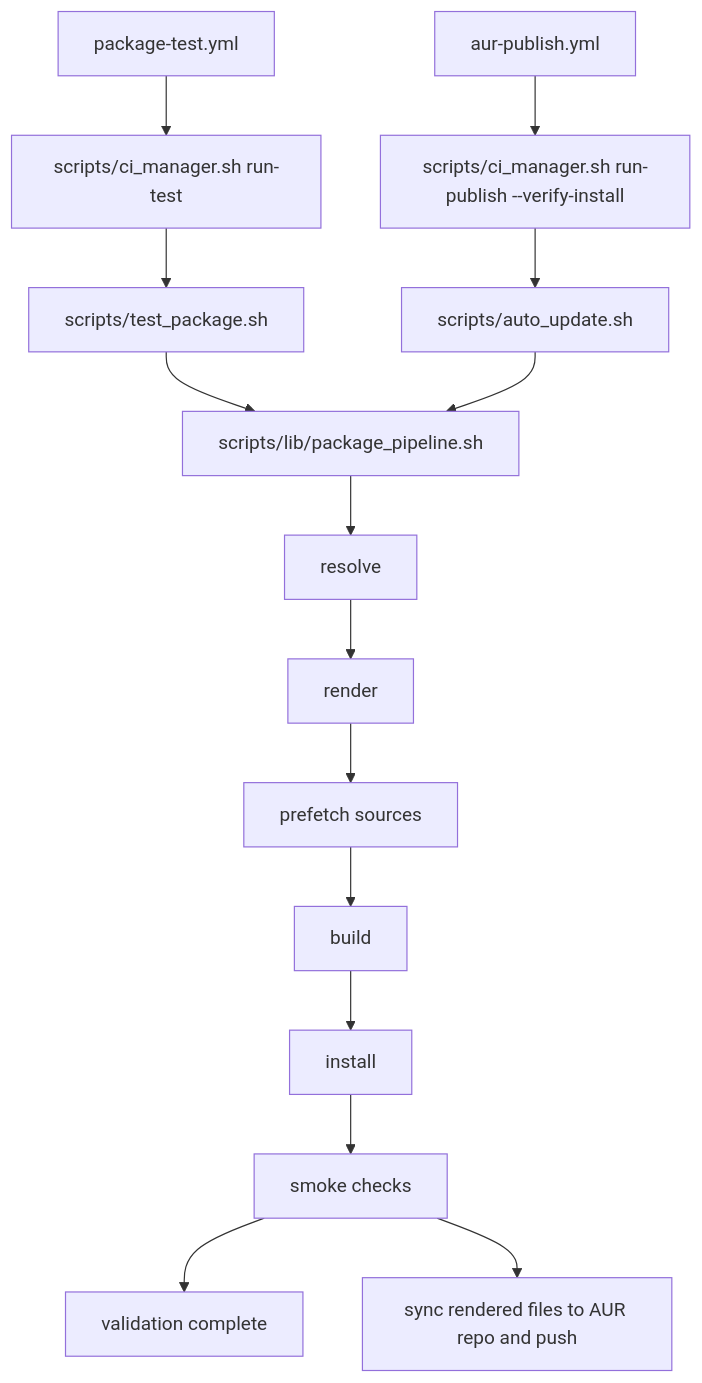
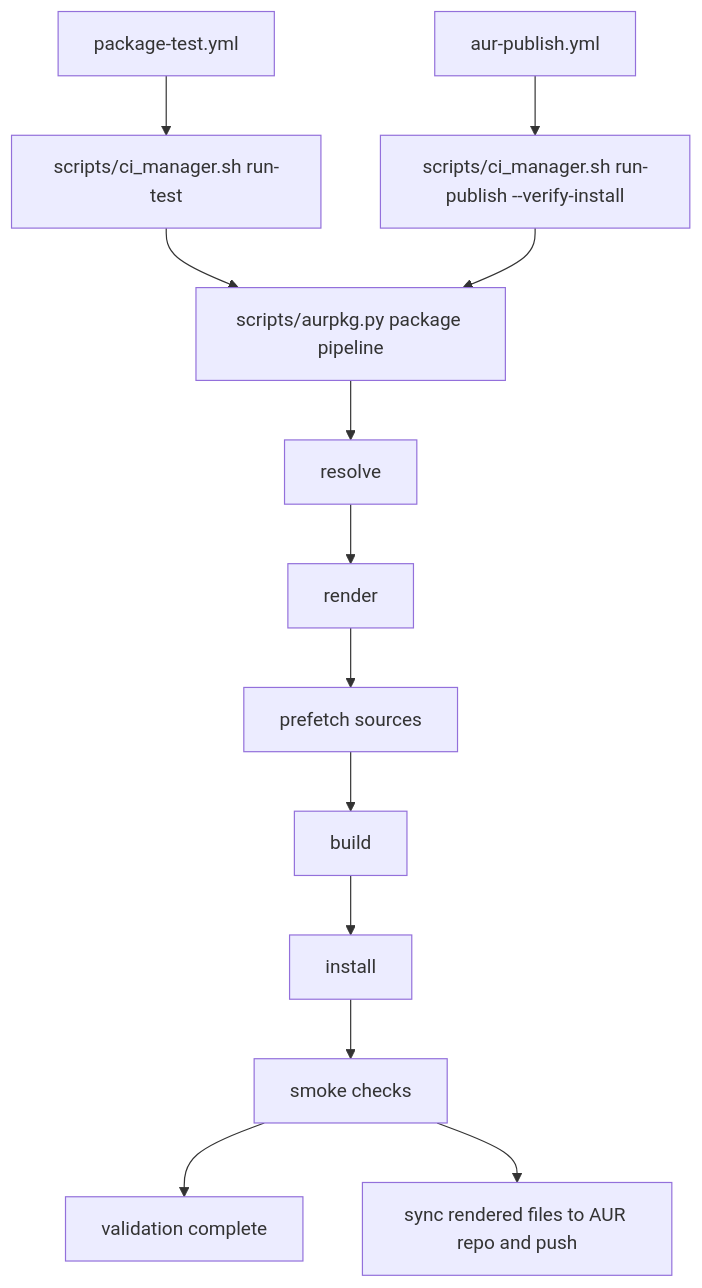
One commit to theorangeguo/aur-packages changed the third of 5 diagrams in docs/WORKFLOW.md. Above: the diagram before and after it, drawn with Mermaid. The commit also changed other lines of this file and 21 other files, not shown here.

````diff
--- a/docs/WORKFLOW.md
+++ b/docs/WORKFLOW.md
@@ -103,21 +103,18 @@
 ```mermaid
 flowchart TD
     A[package-test.yml] --> B[scripts/ci_manager.sh run-test]
     C[aur-publish.yml] --> D[scripts/ci_manager.sh run-publish --verify-install]
 
-    B --> E[scripts/test_package.sh]
-    D --> F[scripts/auto_update.sh]
-
-    E --> G[scripts/lib/package_pipeline.sh]
-    F --> G
+    B --> G[scripts/aurpkg.py package pipeline]
+    D --> G
 
     G --> H[resolve]
     H --> I[render]
     I --> J[prefetch sources]
     J --> K[build]
     K --> L[install]
     L --> M[smoke checks]
 
     M --> N[validation complete]
     M --> O[sync rendered files to AUR repo and push]
 ```
````
